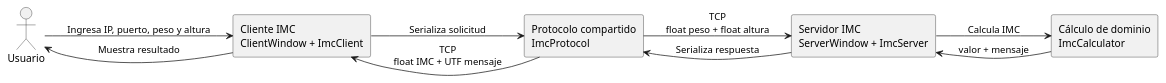
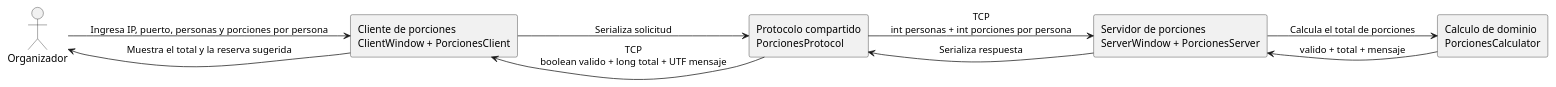
The diagram in docs/arquitectura.puml (MauricioFonck/aplicacion-distribuida-imc-java), drawn with PlantUML before and after one commit. The commit also changed 26 other files, not shown here.

```diff
--- a/docs/arquitectura.puml
+++ b/docs/arquitectura.puml
@@ -1,22 +1,22 @@
 @startuml
 left to right direction
 skinparam componentStyle rectangle
 skinparam shadowing false
 skinparam defaultFontName Arial
 
-actor "Usuario" as user
-component "Cliente IMC\nClientWindow + ImcClient" as client
-component "Protocolo compartido\nImcProtocol" as protocol
-component "Servidor IMC\nServerWindow + ImcServer" as server
-component "Cálculo de dominio\nImcCalculator" as calculator
+actor "Organizador" as user
+component "Cliente de porciones\nClientWindow + PorcionesClient" as client
+component "Protocolo compartido\nPorcionesProtocol" as protocol
+component "Servidor de porciones\nServerWindow + PorcionesServer" as server
+component "Calculo de dominio\nPorcionesCalculator" as calculator
 
-user --> client : Ingresa IP, puerto, peso y altura
+user --> client : Ingresa IP, puerto, personas y porciones por persona
 client --> protocol : Serializa solicitud
-protocol --> server : TCP\nfloat peso + float altura
-server --> calculator : Calcula IMC
-calculator --> server : valor + mensaje
+protocol --> server : TCP\nint personas + int porciones por persona
+server --> calculator : Calcula el total de porciones
+calculator --> server : valido + total + mensaje
 server --> protocol : Serializa respuesta
-protocol --> client : TCP\nfloat IMC + UTF mensaje
-client --> user : Muestra resultado
+protocol --> client : TCP\nboolean valido + long total + UTF mensaje
+client --> user : Muestra el total y la reserva sugerida
 
 @enduml
```
